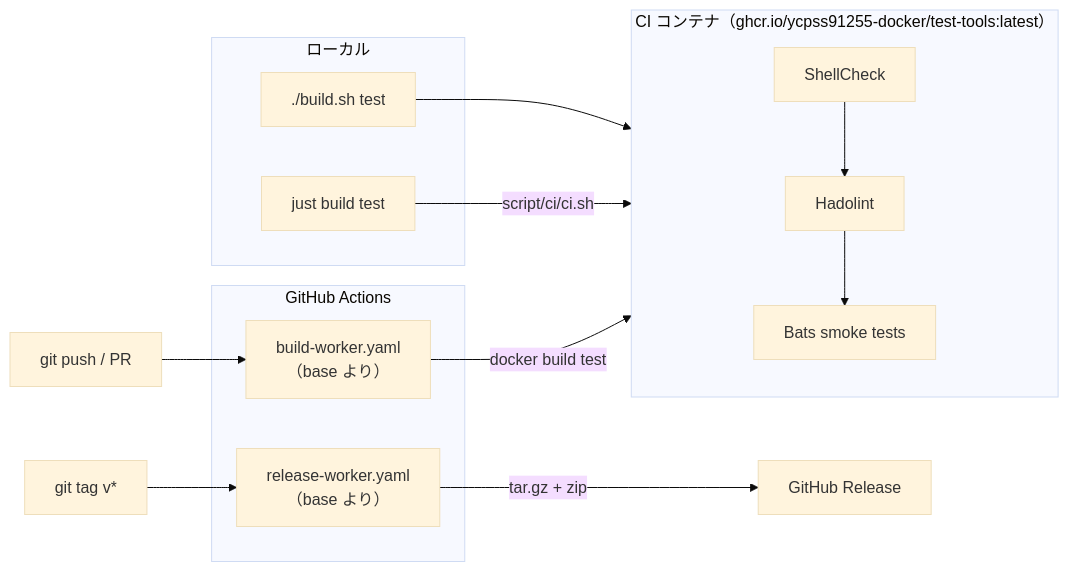
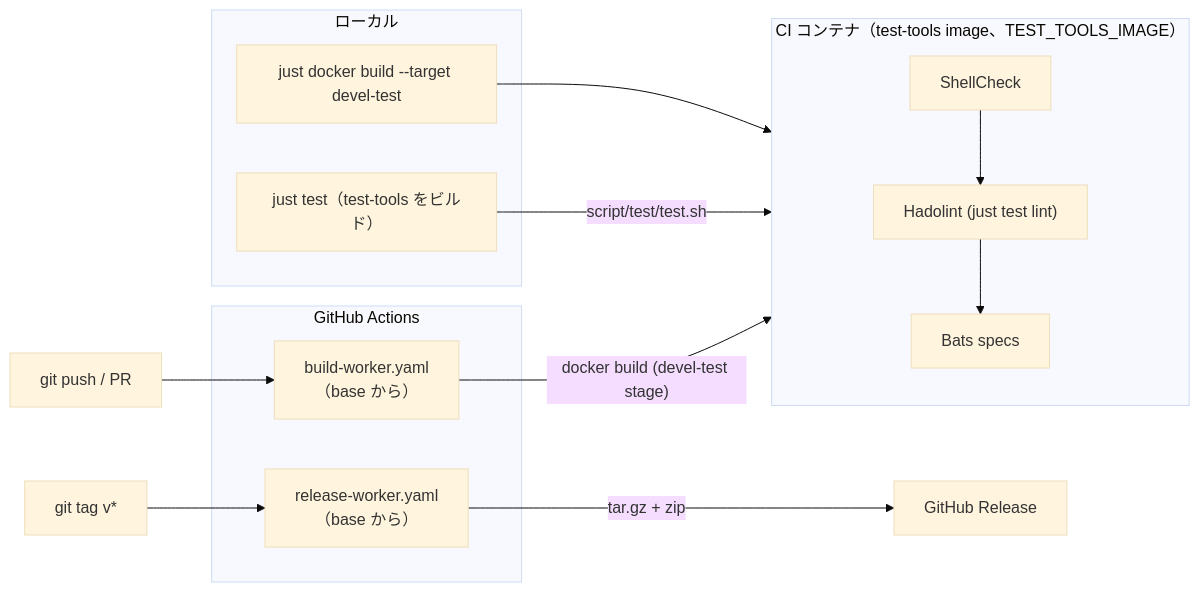
One commit to ycpss91255-lab/jetson_sdk_manager changed the second of 2 diagrams in doc/readme/README.ja.md. Above: the diagram before and after it, drawn with Mermaid (base theme). The commit also changed other lines of this file and 1202 other files, not shown here.

````diff
--- a/doc/readme/README.ja.md
+++ b/doc/readme/README.ja.md
@@ -81,27 +126,27 @@
 ```mermaid
 flowchart LR
     subgraph local["ローカル"]
-        build_test["./build.sh test"]
-        make_test["just build test"]
+        just_test["just test（test-tools をビルド）"]
+        just_build["just docker build --target devel-test"]
     end
 
-    subgraph ci_container["CI コンテナ（ghcr.io/ycpss91255-docker/test-tools:latest）"]
+    subgraph ci_container["CI コンテナ（test-tools image、TEST_TOOLS_IMAGE）"]
         shellcheck["ShellCheck"]
-        hadolint["Hadolint"]
-        bats["Bats smoke tests"]
+        hadolint["Hadolint (just test lint)"]
+        bats["Bats specs"]
     end
 
     subgraph github["GitHub Actions"]
-        build_worker["build-worker.yaml<br/>（base より）"]
-        release_worker["release-worker.yaml<br/>（base より）"]
+        build_worker["build-worker.yaml<br/>（base から）"]
+        release_worker["release-worker.yaml<br/>（base から）"]
     end
 
-    build_test --> ci_container
-    make_test -->|"script/ci/ci.sh"| ci_container
+    just_build --> ci_container
+    just_test -->|"script/test/test.sh"| ci_container
     shellcheck --> hadolint --> bats
 
     push["git push / PR"] --> build_worker
-    build_worker -->|"docker build test"| ci_container
+    build_worker -->|"docker build (devel-test stage)"| ci_container
     tag["git tag v*"] --> release_worker
     release_worker -->|"tar.gz + zip"| release["GitHub Release"]
 ```
````
